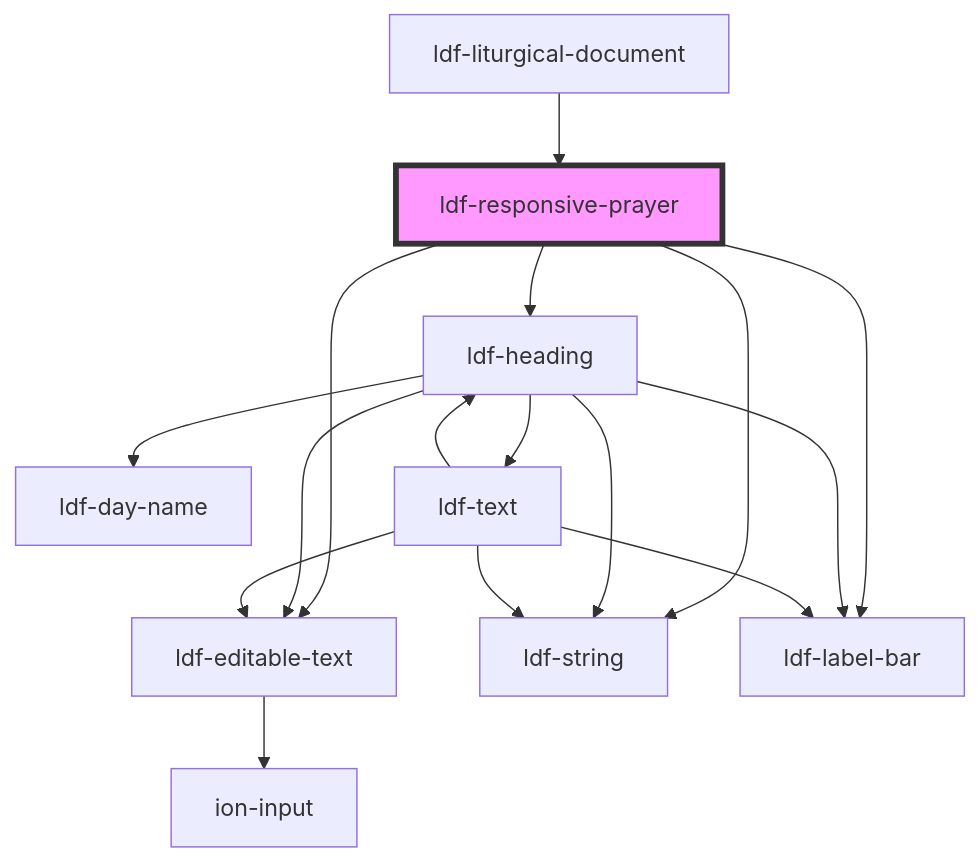
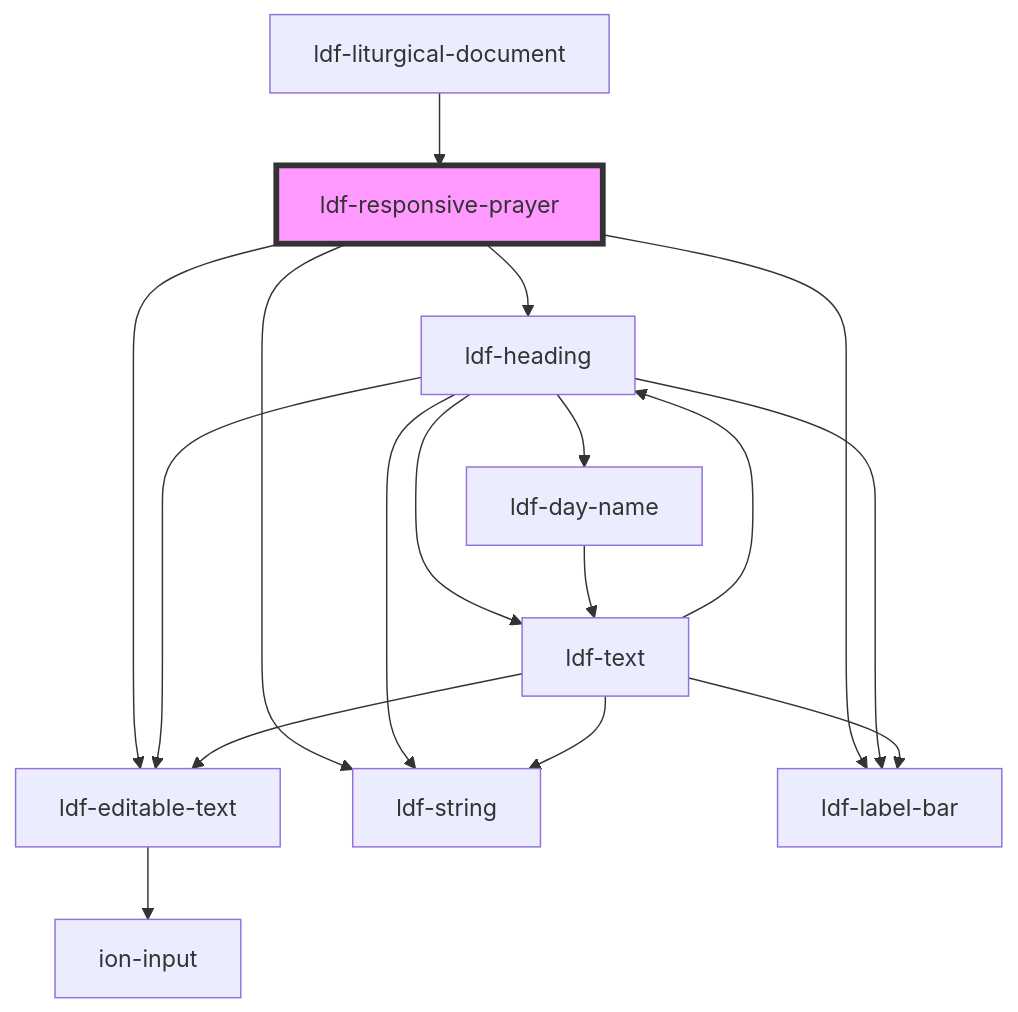
Before and after one commit to gbj/venite: the diagram in components/src/components/responsive-prayer/readme.md, drawn with Mermaid. The commit also changed 100 other files, not shown here.

````diff
--- a/components/src/components/responsive-prayer/readme.md
+++ b/components/src/components/responsive-prayer/readme.md
@@ -31,19 +31,20 @@
 ```mermaid
 graph TD;
   ldf-responsive-prayer --> ldf-editable-text
   ldf-responsive-prayer --> ldf-string
   ldf-responsive-prayer --> ldf-label-bar
   ldf-responsive-prayer --> ldf-heading
   ldf-editable-text --> ion-input
   ldf-heading --> ldf-string
   ldf-heading --> ldf-editable-text
   ldf-heading --> ldf-label-bar
   ldf-heading --> ldf-day-name
   ldf-heading --> ldf-text
+  ldf-day-name --> ldf-text
   ldf-text --> ldf-label-bar
   ldf-text --> ldf-heading
   ldf-text --> ldf-editable-text
   ldf-text --> ldf-string
   ldf-liturgical-document --> ldf-responsive-prayer
   style ldf-responsive-prayer fill:#f9f,stroke:#333,stroke-width:4px
 ```
````
